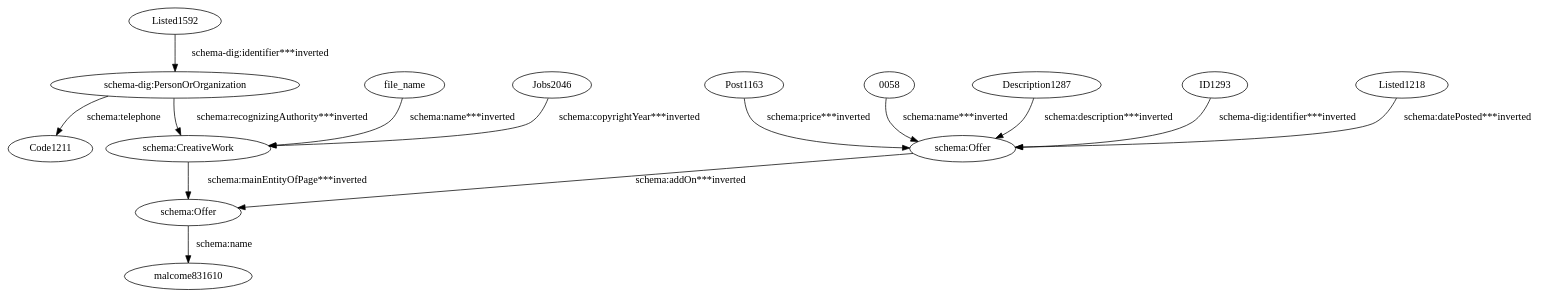
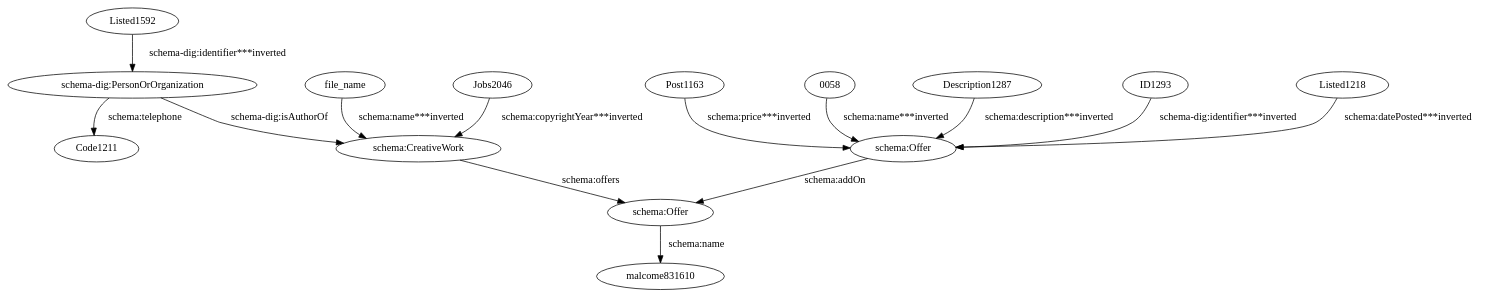
The diagram in evaluation/taheriyan2016/task_04/semantic_models_steiner/dot/kyclassifieds.dot (giuseppefutia/semi), drawn with Graphviz before and after one commit. The commit also changed 119 other files, not shown here.

```diff
--- a/evaluation/taheriyan2016/task_04/semantic_models_steiner/dot/kyclassifieds.dot
+++ b/evaluation/taheriyan2016/task_04/semantic_models_steiner/dot/kyclassifieds.dot
@@ -1,29 +1,29 @@
 digraph {
   "0058" [type=attribute_name,label="0058"]
   "schema:Offer1" [type=class_uri,label="schema:Offer"]
   Description1287 [type=attribute_name,label=Description1287]
   ID1293 [type=attribute_name,label=ID1293]
   Jobs2046 [type=attribute_name,label=Jobs2046]
   "schema:CreativeWork1" [type=class_uri,label="schema:CreativeWork"]
   Listed1218 [type=attribute_name,label=Listed1218]
   Listed1592 [type=attribute_name,label=Listed1592]
   "schema-dig:PersonOrOrganization1" [type=class_uri,label="schema-dig:PersonOrOrganization"]
   Post1163 [type=attribute_name,label=Post1163]
   file_name [type=attribute_name,label=file_name]
   Code1211 [type=attribute_name,label=Code1211]
   "schema:Offer2" [type=class_uri,label="schema:Offer"]
   malcome831610 [type=attribute_name,label=malcome831610]
   "0058" -> "schema:Offer1" [type=st_property_uri,label="schema:name***inverted",weight=1]
   Description1287 -> "schema:Offer1" [type=st_property_uri,label="schema:description***inverted",weight=1]
   ID1293 -> "schema:Offer1" [type=st_property_uri,label="schema-dig:identifier***inverted",weight=1]
   Jobs2046 -> "schema:CreativeWork1" [type=st_property_uri,label="schema:copyrightYear***inverted",weight=1]
   Listed1218 -> "schema:Offer1" [type=st_property_uri,label="schema:datePosted***inverted",weight=1]
   Listed1592 -> "schema-dig:PersonOrOrganization1" [type=st_property_uri,label="schema-dig:identifier***inverted",weight=1]
   Post1163 -> "schema:Offer1" [type=st_property_uri,label="schema:price***inverted",weight=1]
   file_name -> "schema:CreativeWork1" [type=st_property_uri,label="schema:name***inverted",weight=1]
   "schema-dig:PersonOrOrganization1" -> Code1211 [label="schema:telephone",type=st_property_uri]
-  "schema-dig:PersonOrOrganization1" -> "schema:CreativeWork1" [type=inherited,label="schema:recognizingAuthority***inverted",weight=4]
-  "schema:CreativeWork1" -> "schema:Offer2" [type=inherited,label="schema:mainEntityOfPage***inverted",weight=4]
-  "schema:Offer1" -> "schema:Offer2" [type=direct_property_uri,label="schema:addOn***inverted",weight=1]
+  "schema-dig:PersonOrOrganization1" -> "schema:CreativeWork1" [label="schema-dig:isAuthorOf",type=direct_property_uri,weight=1]
+  "schema:CreativeWork1" -> "schema:Offer2" [label="schema:offers",type=direct_property_uri,weight=1]
+  "schema:Offer1" -> "schema:Offer2" [label="schema:addOn",type=direct_property_uri,weight=1]
   "schema:Offer2" -> malcome831610 [label="schema:name",type=st_property_uri]
 }
```
